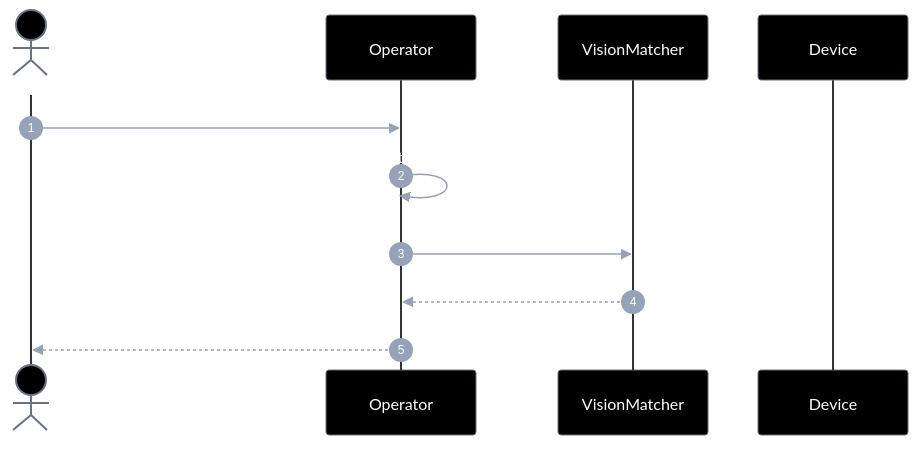
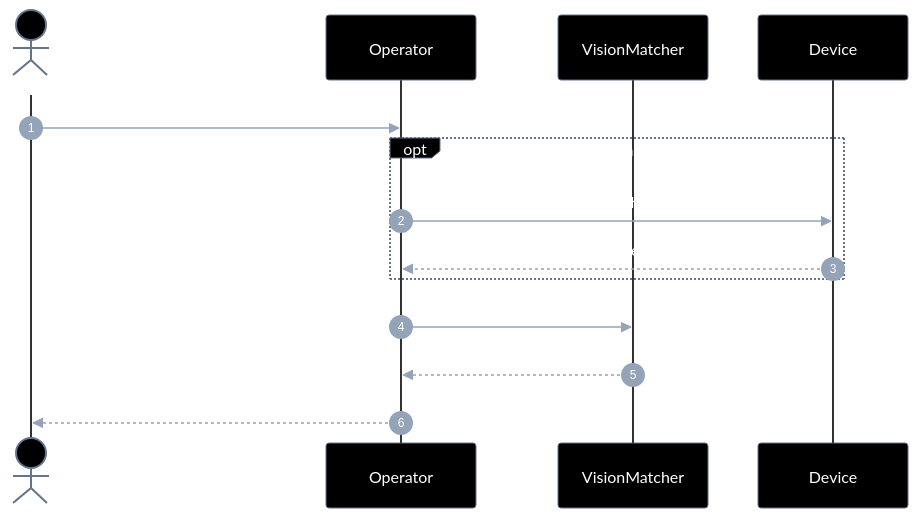
The sixth of 7 diagrams in connectmax/screen-robot/epics/EP-04-operar-tela/5.implementation-plan.md (laerciogermano/workstation), drawn with Mermaid before and after one commit. The commit also changed other lines of this file and 5 other files, not shown here.

Commit message:
Completa retornos faltantes em todos os diagramas de sequência dos planos.

````diff
--- a/connectmax/screen-robot/epics/EP-04-operar-tela/5.implementation-plan.md
+++ b/connectmax/screen-robot/epics/EP-04-operar-tela/5.implementation-plan.md
@@ -479,55 +505,58 @@
 ```mermaid
 ---
 config:
   theme: base
   themeVariables:
     darkMode: true
     background: '#000000'
     primaryColor: '#000000'
     primaryTextColor: '#ffffff'
     primaryBorderColor: '#64748b'
     secondaryColor: '#000000'
     secondaryTextColor: '#ffffff'
     secondaryBorderColor: '#64748b'
     tertiaryColor: '#000000'
     tertiaryTextColor: '#ffffff'
     tertiaryBorderColor: '#64748b'
     lineColor: '#64748b'
     textColor: '#ffffff'
     mainBkg: '#000000'
     nodeBorder: '#64748b'
     clusterBkg: '#000000'
     clusterBorder: '#333333'
     titleColor: '#ffffff'
     edgeLabelBackground: '#000000'
     actorBkg: '#000000'
     actorBorder: '#64748b'
     actorTextColor: '#ffffff'
     actorLineColor: '#333333'
     signalColor: '#94a3b8'
     signalTextColor: '#ffffff'
     labelBoxBkgColor: '#000000'
     labelBoxBorderColor: '#64748b'
     labelTextColor: '#ffffff'
     loopTextColor: '#ffffff'
     noteBorderColor: '#64748b'
     noteBkgColor: '#111111'
     noteTextColor: '#ffffff'
     activationBorderColor: '#64748b'
     activationBkgColor: '#1a1a1a'
     sequenceNumberColor: '#ffffff'
     classText: '#ffffff'
 ---
 sequenceDiagram
   autonumber
   actor Dev as Caller
   participant O as Operator
   participant V as VisionMatcher
   participant D as Device
 
   Dev->>O: findTemplateCoords(serial|frame, template)
-  O->>O: screenshot se preciso
+  opt precisa de frame
+    O->>D: screenshot
+    D-->>O: frame
+  end
   O->>V: match(template, frame)
   V-->>O: x, y, confidence
   O-->>Dev: { x, y, confidence }
 ```
````
